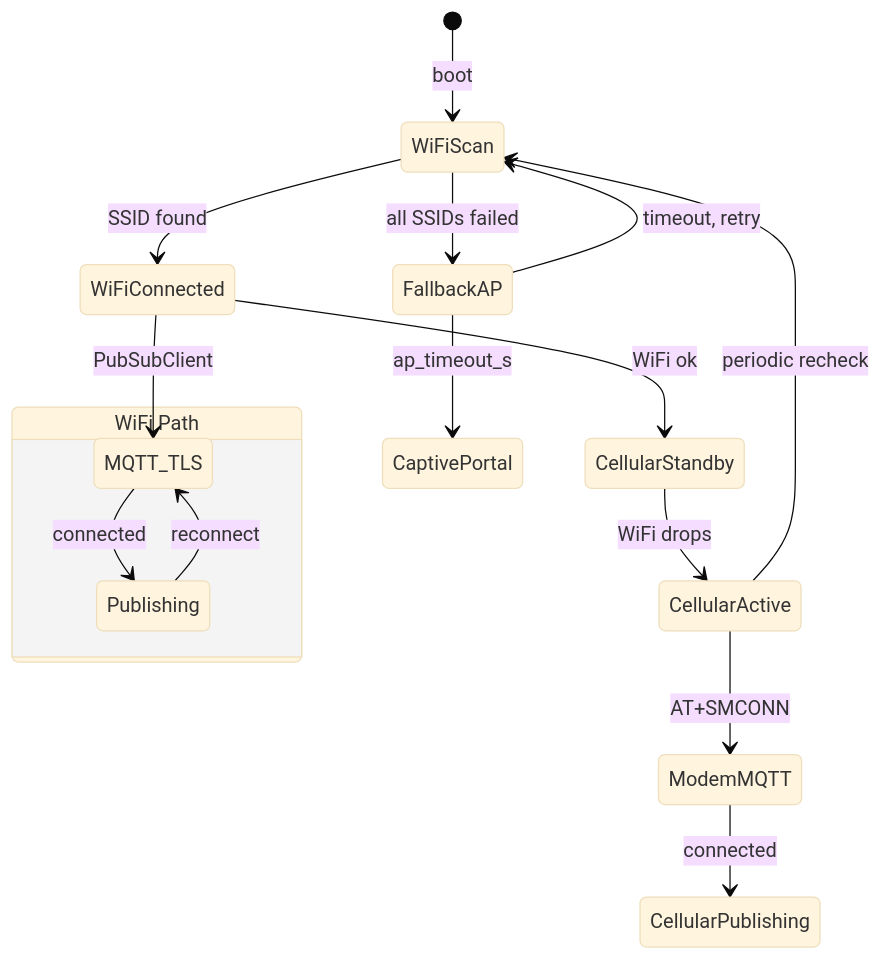
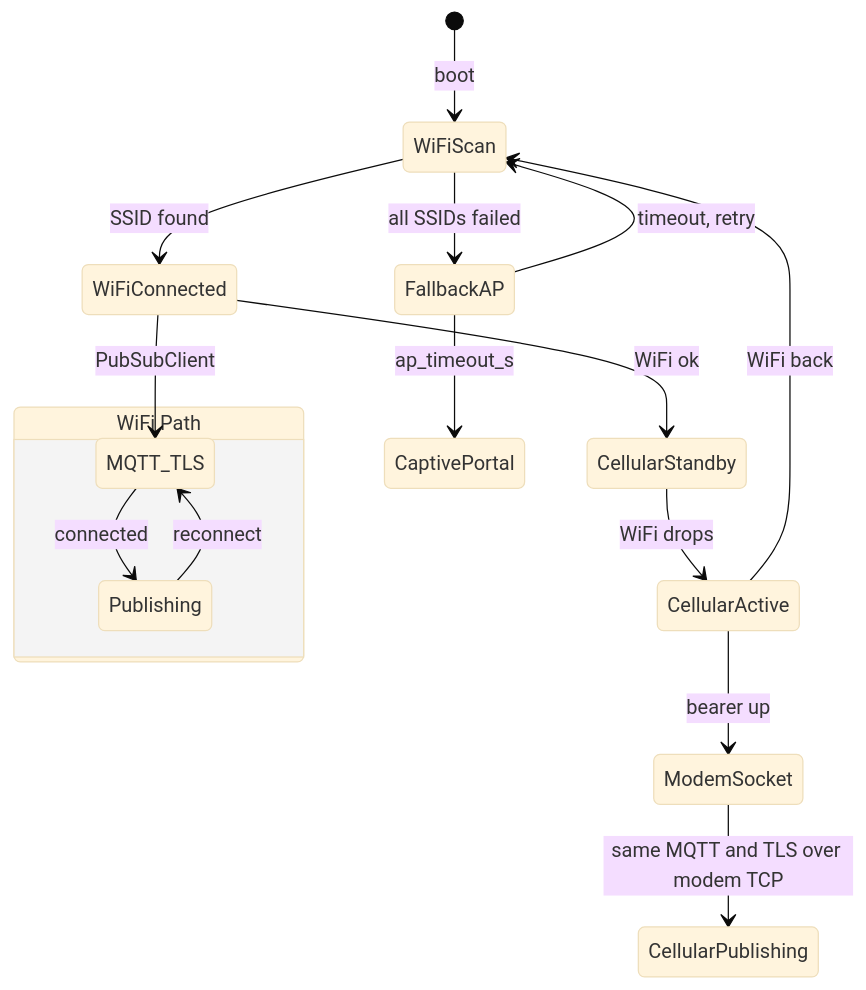
One commit to Thesada/thesada-doc changed the first of 2 diagrams in firmware/architecture/connectivity.md. Above: the diagram before and after it, drawn with Mermaid (base theme). The commit also changed other lines of this file and 11 other files, not shown here.

````diff
--- a/firmware/architecture/connectivity.md
+++ b/firmware/architecture/connectivity.md
@@ -13,20 +13,20 @@
 ```mermaid
 stateDiagram-v2
     [*] --> WiFiScan: boot
     WiFiScan --> WiFiConnected: SSID found
     WiFiScan --> FallbackAP: all SSIDs failed
     WiFiConnected --> MQTT_TLS: PubSubClient
     FallbackAP --> CaptivePortal: ap_timeout_s
     FallbackAP --> WiFiScan: timeout, retry
     WiFiConnected --> CellularStandby: WiFi ok
 
     state "WiFi Path" as wp {
         MQTT_TLS --> Publishing: connected
         Publishing --> MQTT_TLS: reconnect
     }
 
     CellularStandby --> CellularActive: WiFi drops
-    CellularActive --> ModemMQTT: AT+SMCONN
-    ModemMQTT --> CellularPublishing: connected
-    CellularActive --> WiFiScan: periodic recheck
+    CellularActive --> ModemSocket: bearer up
+    ModemSocket --> CellularPublishing: same MQTT and TLS over modem TCP
+    CellularActive --> WiFiScan: WiFi back
 ```
````
